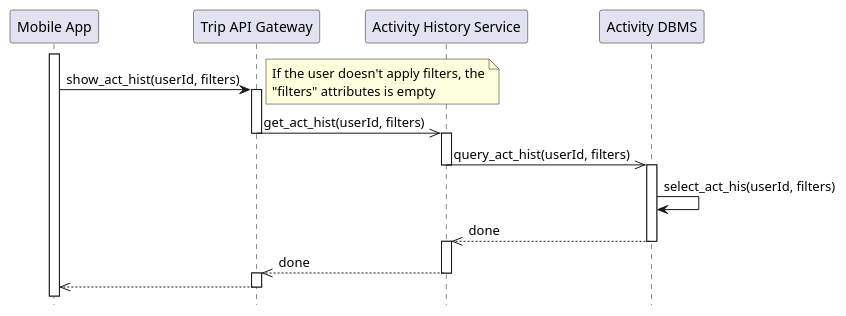
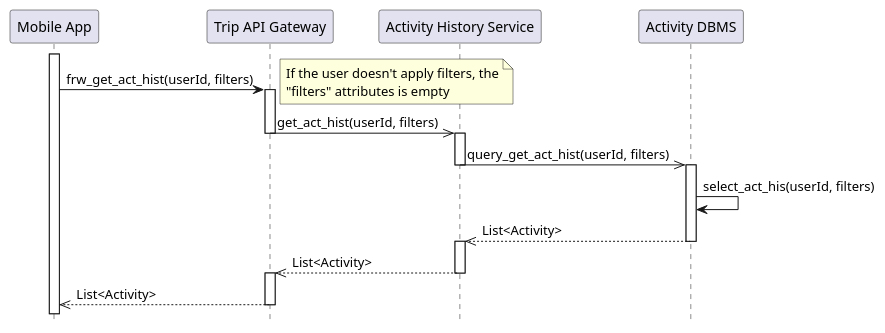
One commit to Guflie/PoliMi-SWE2-RDD-project changed the diagram in diagrams/DD/sequenceDiagram/sd11_history_consultation.puml. Above: the diagram before and after it, drawn with PlantUML. The commit also changed 20 other files, not shown here.

```diff
--- a/diagrams/DD/sequenceDiagram/sd11_history_consultation.puml
+++ b/diagrams/DD/sequenceDiagram/sd11_history_consultation.puml
@@ -1,34 +1,34 @@
 @startuml sd11_history_consultation
 ' Refer to UC14
 hide footbox
 
 participant "Mobile App" as app 
 participant "Trip API Gateway" as tapi
 participant "Activity History Service" as ahs
 participant "Activity DBMS" as dba 
 
 activate app
 
-app -> tapi : show_act_hist(userId, filters)
+app -> tapi : frw_get_act_hist(userId, filters)
 note right
 If the user doesn't apply filters, the
 "filters" attributes is empty
 end note
 activate tapi
 tapi ->> ahs : get_act_hist(userId, filters)
 deactivate tapi
 activate ahs
-ahs ->> dba : query_act_hist(userId, filters)
+ahs ->> dba : query_get_act_hist(userId, filters)
 deactivate ahs
 activate dba
 dba -> dba : select_act_his(userId, filters)
-dba -->> ahs : done
+dba -->> ahs : List<Activity>
 deactivate dba
 activate ahs
-ahs -->> tapi : done
+ahs -->> tapi : List<Activity>
 deactivate ahs
 activate tapi
-tapi -->> app
+tapi -->> app : List<Activity>
 deactivate tapi
 
 @enduml
```
